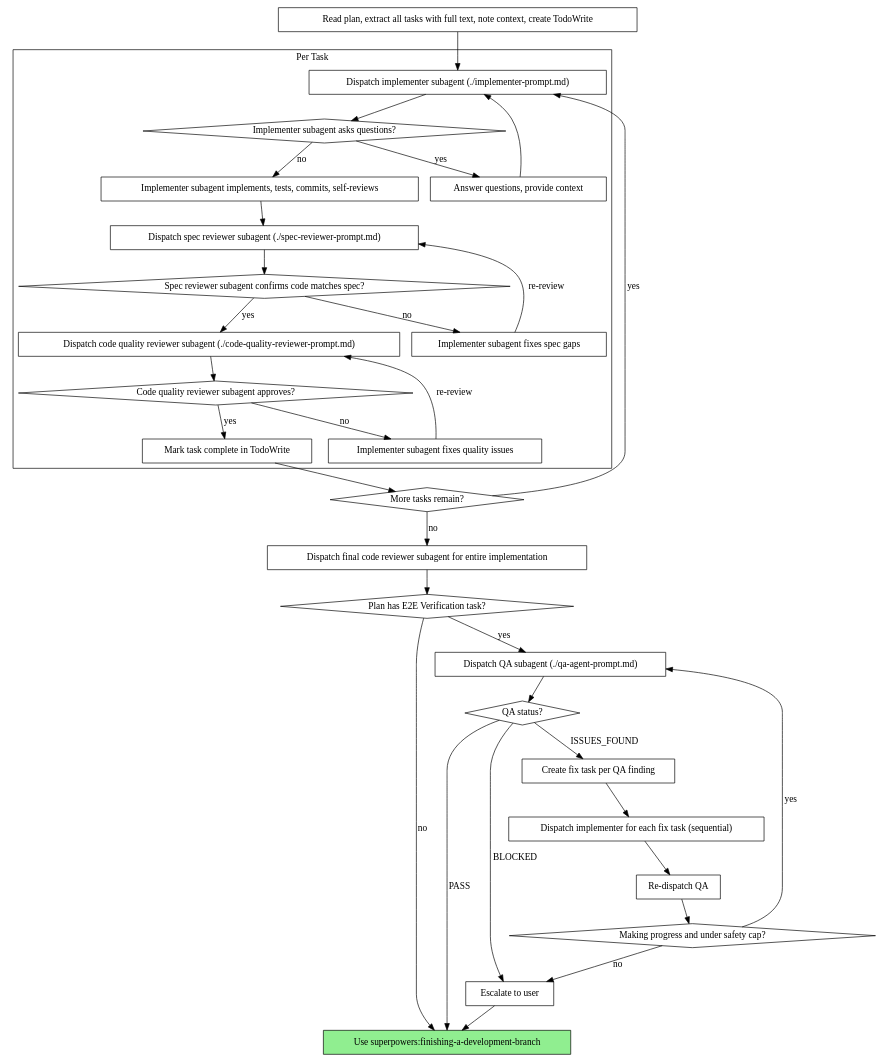
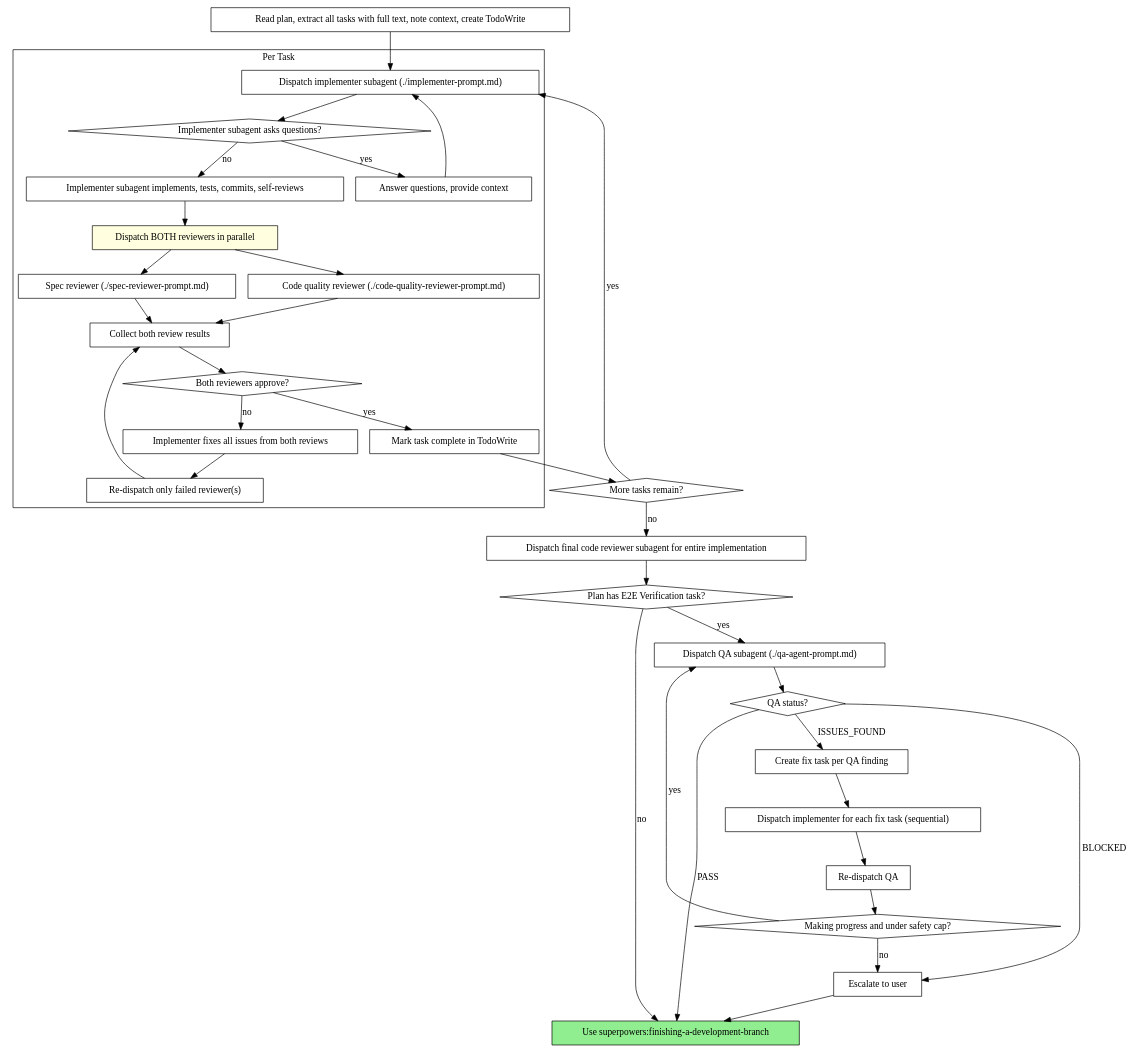
One commit to vmishevski/superpowers changed the second of 2 diagrams in skills/subagent-driven-development/SKILL.md. Above: the diagram before and after it, drawn with Graphviz. The commit also changed other lines of this file and 3 other files, not shown here.

Commit message:
feat: parallel spec and code reviews

````diff
--- a/skills/subagent-driven-development/SKILL.md
+++ b/skills/subagent-driven-development/SKILL.md
@@ -40,64 +40,66 @@
 ```dot
 digraph process {
     rankdir=TB;
 
     subgraph cluster_per_task {
         label="Per Task";
         "Dispatch implementer subagent (./implementer-prompt.md)" [shape=box];
         "Implementer subagent asks questions?" [shape=diamond];
         "Answer questions, provide context" [shape=box];
         "Implementer subagent implements, tests, commits, self-reviews" [shape=box];
-        "Dispatch spec reviewer subagent (./spec-reviewer-prompt.md)" [shape=box];
-        "Spec reviewer subagent confirms code matches spec?" [shape=diamond];
-        "Implementer subagent fixes spec gaps" [shape=box];
-        "Dispatch code quality reviewer subagent (./code-quality-reviewer-prompt.md)" [shape=box];
-        "Code quality reviewer subagent approves?" [shape=diamond];
-        "Implementer subagent fixes quality issues" [shape=box];
+        "Dispatch BOTH reviewers in parallel" [shape=box style=filled fillcolor=lightyellow];
+        "Spec reviewer (./spec-reviewer-prompt.md)" [shape=box];
+        "Code quality reviewer (./code-quality-reviewer-prompt.md)" [shape=box];
+        "Collect both review results" [shape=box];
+        "Both reviewers approve?" [shape=diamond];
+        "Implementer fixes all issues from both reviews" [shape=box];
+        "Re-dispatch only failed reviewer(s)" [shape=box];
         "Mark task complete in TodoWrite" [shape=box];
     }
 
     "Read plan, extract all tasks with full text, note context, create TodoWrite" [shape=box];
     "More tasks remain?" [shape=diamond];
     "Dispatch final code reviewer subagent for entire implementation" [shape=box];
     "Plan has E2E Verification task?" [shape=diamond];
     "Dispatch QA subagent (./qa-agent-prompt.md)" [shape=box];
     "QA status?" [shape=diamond];
     "Create fix task per QA finding" [shape=box];
     "Dispatch implementer for each fix task (sequential)" [shape=box];
     "Re-dispatch QA" [shape=box];
     "Making progress and under safety cap?" [shape=diamond];
     "Escalate to user" [shape=box];
     "Use superpowers:finishing-a-development-branch" [shape=box style=filled fillcolor=lightgreen];
 
     "Read plan, extract all tasks with full text, note context, create TodoWrite" -> "Dispatch implementer subagent (./implementer-prompt.md)";
     "Dispatch implementer subagent (./implementer-prompt.md)" -> "Implementer subagent asks questions?";
     "Implementer subagent asks questions?" -> "Answer questions, provide context" [label="yes"];
     "Answer questions, provide context" -> "Dispatch implementer subagent (./implementer-prompt.md)";
     "Implementer subagent asks questions?" -> "Implementer subagent implements, tests, commits, self-reviews" [label="no"];
-    "Implementer subagent implements, tests, commits, self-reviews" -> "Dispatch spec reviewer subagent (./spec-reviewer-prompt.md)";
-    "Dispatch spec reviewer subagent (./spec-reviewer-prompt.md)" -> "Spec reviewer subagent confirms code matches spec?";
-    "Spec reviewer subagent confirms code matches spec?" -> "Implementer subagent fixes spec gaps" [label="no"];
-    "Implementer subagent fixes spec gaps" -> "Dispatch spec reviewer subagent (./spec-reviewer-prompt.md)" [label="re-review"];
-    "Spec reviewer subagent confirms code matches spec?" -> "Dispatch code quality reviewer subagent (./code-quality-reviewer-prompt.md)" [label="yes"];
-    "Dispatch code quality reviewer subagent (./code-quality-reviewer-prompt.md)" -> "Code quality reviewer subagent approves?";
-    "Code quality reviewer subagent approves?" -> "Implementer subagent fixes quality issues" [label="no"];
-    "Implementer subagent fixes quality issues" -> "Dispatch code quality reviewer subagent (./code-quality-reviewer-prompt.md)" [label="re-review"];
-    "Code quality reviewer subagent approves?" -> "Mark task complete in TodoWrite" [label="yes"];
+    "Implementer subagent implements, tests, commits, self-reviews" -> "Dispatch BOTH reviewers in parallel";
+    "Dispatch BOTH reviewers in parallel" -> "Spec reviewer (./spec-reviewer-prompt.md)";
+    "Dispatch BOTH reviewers in parallel" -> "Code quality reviewer (./code-quality-reviewer-prompt.md)";
+    "Spec reviewer (./spec-reviewer-prompt.md)" -> "Collect both review results";
+    "Code quality reviewer (./code-quality-reviewer-prompt.md)" -> "Collect both review results";
+    "Collect both review results" -> "Both reviewers approve?";
+    "Both reviewers approve?" -> "Implementer fixes all issues from both reviews" [label="no"];
+    "Implementer fixes all issues from both reviews" -> "Re-dispatch only failed reviewer(s)";
+    "Re-dispatch only failed reviewer(s)" -> "Collect both review results";
+    "Both reviewers approve?" -> "Mark task complete in TodoWrite" [label="yes"];
     "Mark task complete in TodoWrite" -> "More tasks remain?";
     "More tasks remain?" -> "Dispatch implementer subagent (./implementer-prompt.md)" [label="yes"];
     "More tasks remain?" -> "Dispatch final code reviewer subagent for entire implementation" [label="no"];
     "Dispatch final code reviewer subagent for entire implementation" -> "Plan has E2E Verification task?";
     "Plan has E2E Verification task?" -> "Dispatch QA subagent (./qa-agent-prompt.md)" [label="yes"];
     "Plan has E2E Verification task?" -> "Use superpowers:finishing-a-development-branch" [label="no"];
     "Dispatch QA subagent (./qa-agent-prompt.md)" -> "QA status?";
     "QA status?" -> "Use superpowers:finishing-a-development-branch" [label="PASS"];
     "QA status?" -> "Create fix task per QA finding" [label="ISSUES_FOUND"];
     "QA status?" -> "Escalate to user" [label="BLOCKED"];
     "Create fix task per QA finding" -> "Dispatch implementer for each fix task (sequential)";
     "Dispatch implementer for each fix task (sequential)" -> "Re-dispatch QA";
     "Re-dispatch QA" -> "Making progress and under safety cap?";
     "Making progress and under safety cap?" -> "Dispatch QA subagent (./qa-agent-prompt.md)" [label="yes"];
     "Making progress and under safety cap?" -> "Escalate to user" [label="no"];
     "Escalate to user" -> "Use superpowers:finishing-a-development-branch";
 }
 ```
````
